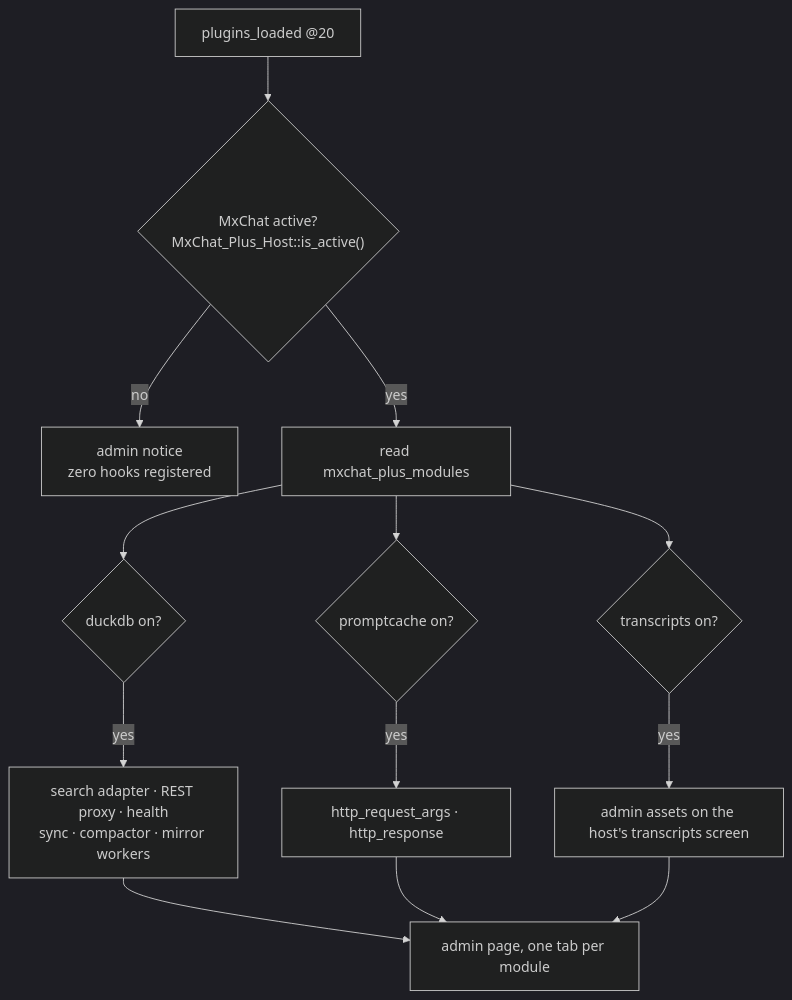
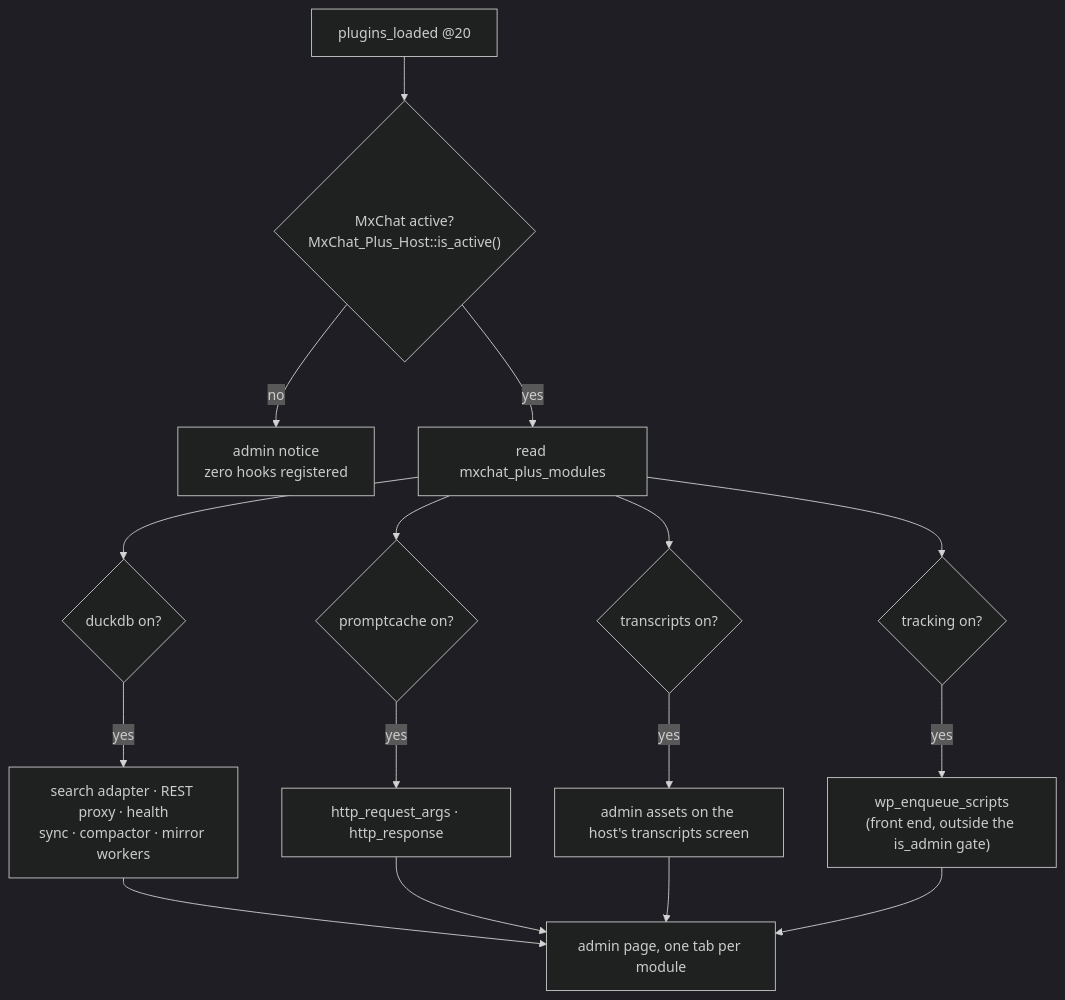
The first of 3 diagrams in ARCHITECTURE.md (PaulArgoud/MxChat-Plus), drawn with Mermaid (dark theme) before and after one commit. The commit also changed other lines of this file and 24 other files, not shown here.

````diff
--- a/ARCHITECTURE.md
+++ b/ARCHITECTURE.md
@@ -34,15 +40,18 @@
 ```mermaid
 flowchart TD
     A["plugins_loaded @20"] --> B{"MxChat active?<br/>MxChat_Plus_Host::is_active()"}
     B -- no --> C["admin notice<br/>zero hooks registered"]
     B -- yes --> D["read mxchat_plus_modules"]
     D --> E{duckdb on?}
     D --> F{promptcache on?}
     D --> G{transcripts on?}
+    D --> I{tracking on?}
     E -- yes --> E1["search adapter · REST proxy · health<br/>sync · compactor · mirror workers"]
     F -- yes --> F1["http_request_args · http_response"]
     G -- yes --> G1["admin assets on the host's transcripts screen"]
+    I -- yes --> I1["wp_enqueue_scripts<br/>(front end, outside the is_admin gate)"]
     E1 --> H["admin page, one tab per module"]
     F1 --> H
     G1 --> H
+    I1 --> H
 ```
````
